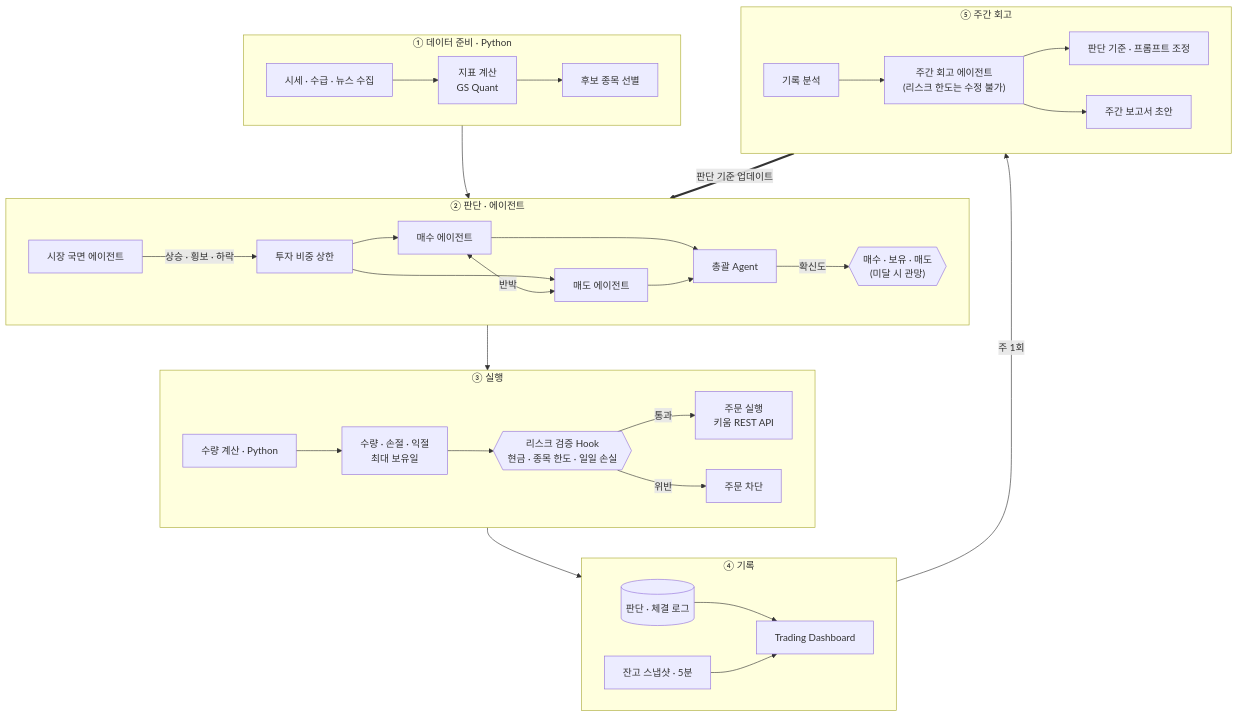
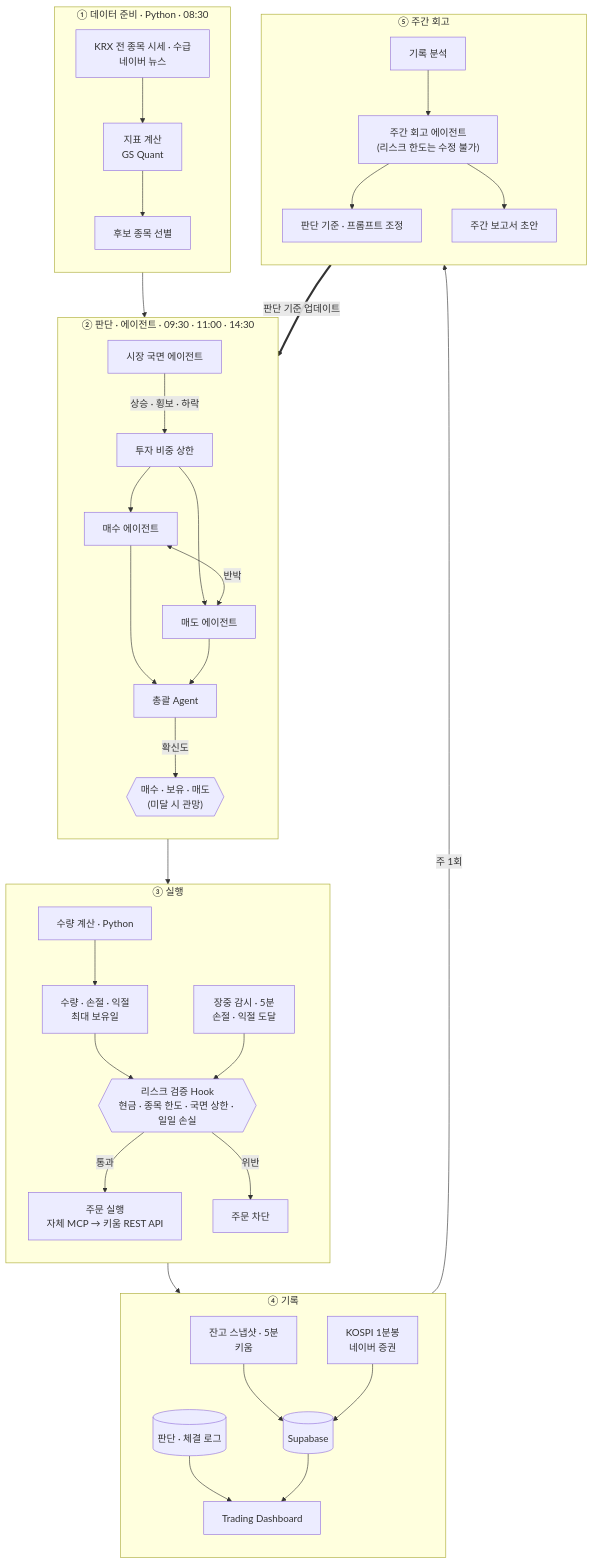
One commit to isopink/hynix-298f changed the diagram in README.ko.md. Above: the diagram before and after it, drawn with Mermaid. The commit also changed other lines of this file and 3 other files, not shown here.

First line of the commit message:
README: update architecture diagram and docs for launch day

````diff
--- a/README.ko.md
+++ b/README.ko.md
@@ -51,37 +51,40 @@
 ```mermaid
 flowchart TB
-    subgraph S1["① 데이터 준비 · Python"]
-        direction LR
-        A1["시세 · 수급 · 뉴스 수집"] --> A2["지표 계산<br/>GS Quant"] --> A3["후보 종목 선별"]
+    subgraph S1["① 데이터 준비 · Python · 08:30"]
+        direction TB
+        A1["KRX 전 종목 시세 · 수급<br/>네이버 뉴스"] --> A2["지표 계산<br/>GS Quant"] --> A3["후보 종목 선별"]
     end
-    subgraph S2["② 판단 · 에이전트"]
-        direction LR
+    subgraph S2["② 판단 · 에이전트 · 09:30 · 11:00 · 14:30"]
+        direction TB
         B1["시장 국면 에이전트"] -->|상승 · 횡보 · 하락| B2["투자 비중 상한"]
         B2 --> C1["매수 에이전트"]
         B2 --> C2["매도 에이전트"]
         C1 <-->|반박| C2
         C1 --> E1["총괄 Agent"]
         C2 --> E1
         E1 -->|확신도| E2{{"매수 · 보유 · 매도<br/>(미달 시 관망)"}}
     end
     subgraph S3["③ 실행"]
-        direction LR
-        F1["수량 계산 · Python"] --> F2["수량 · 손절 · 익절<br/>최대 보유일"] --> G{{"리스크 검증 Hook<br/>현금 · 종목 한도 · 일일 손실"}}
-        G -->|통과| H["주문 실행<br/>키움 REST API"]
+        direction TB
+        F1["수량 계산 · Python"] --> F2["수량 · 손절 · 익절<br/>최대 보유일"] --> G{{"리스크 검증 Hook<br/>현금 · 종목 한도 · 국면 상한 · 일일 손실"}}
+        M["장중 감시 · 5분<br/>손절 · 익절 도달"] --> G
+        G -->|통과| H["주문 실행<br/>자체 MCP → 키움 REST API"]
         G -->|위반| X["주문 차단"]
     end
     subgraph S4["④ 기록"]
-        direction LR
+        direction TB
         I[("판단 · 체결 로그")] --> K["Trading Dashboard"]
-        L["잔고 스냅샷 · 5분"] --> K
+        L["잔고 스냅샷 · 5분<br/>키움"] --> SB[("Supabase")]
+        N["KOSPI 1분봉<br/>네이버 증권"] --> SB
+        SB --> K
     end
     subgraph S5["⑤ 주간 회고"]
-        direction LR
+        direction TB
         J1["기록 분석"] --> J2["주간 회고 에이전트<br/>(리스크 한도는 수정 불가)"]
         J2 --> J3["판단 기준 · 프롬프트 조정"]
         J2 --> J4["주간 보고서 초안"]
     end
     S1 --> S2 --> S3 --> S4
     S4 -->|주 1회| S5
     S5 == "판단 기준 업데이트" ==> S2
 ```
````
